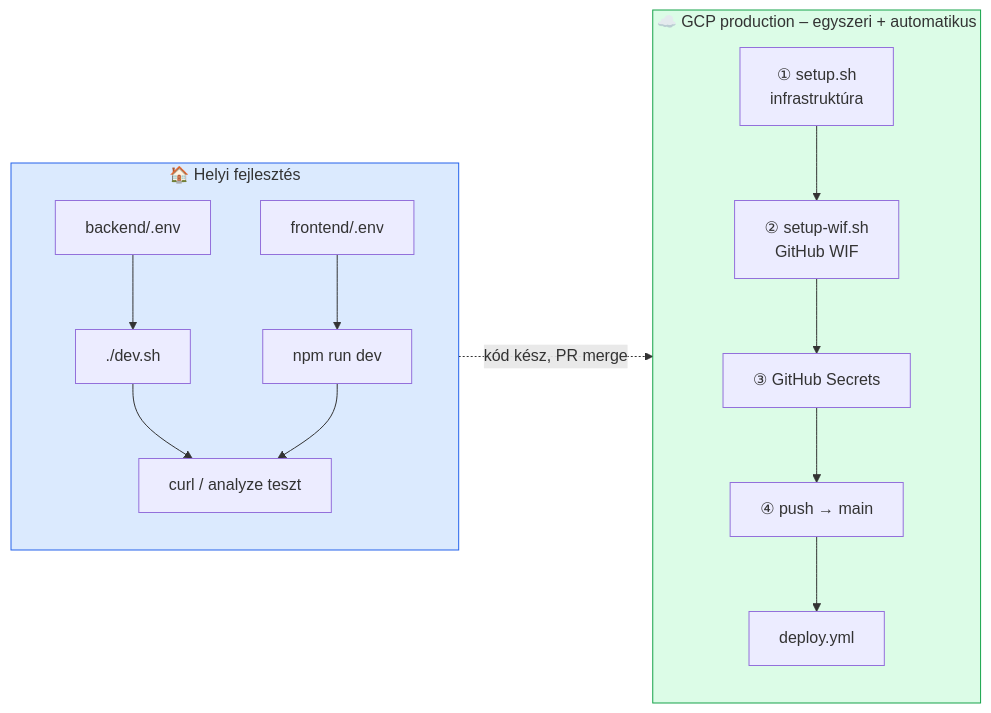
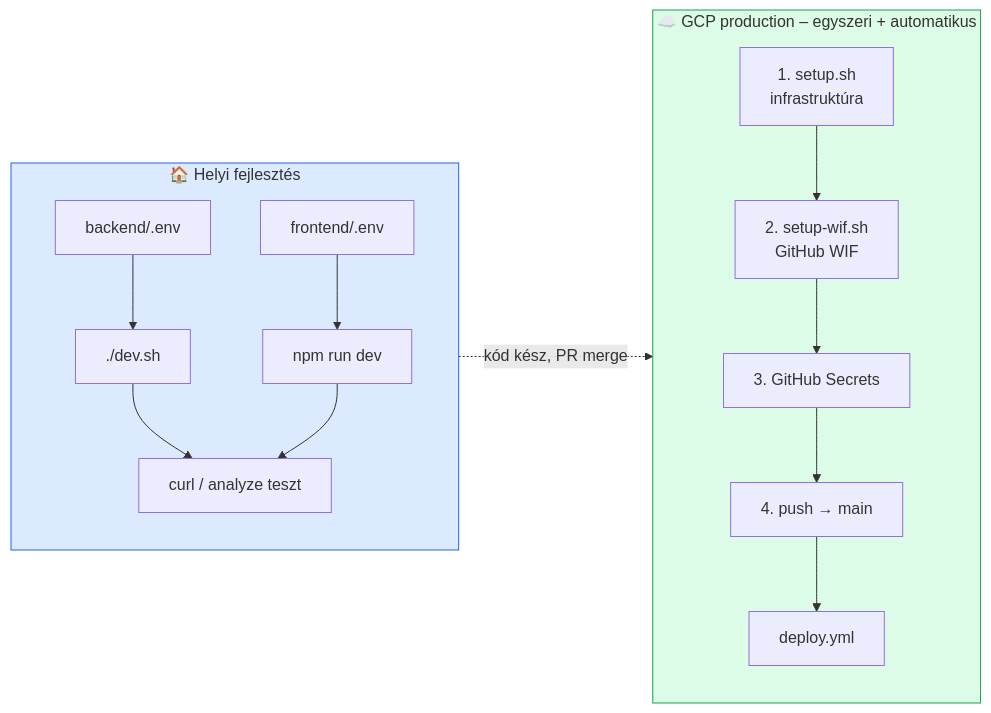
The third of 3 diagrams in README.md (cloudsteak/trn-gcp-ai-contract-analyzer), drawn with Mermaid before and after one commit. The commit also changed other lines of this file, not shown here.

````diff
--- a/README.md
+++ b/README.md
@@ -208,23 +208,23 @@
 ```mermaid
 flowchart LR
     subgraph Local["🏠 Helyi fejlesztés"]
         L1["backend/.env"] --> L2["./dev.sh"]
         L3["frontend/.env"] --> L4["npm run dev"]
         L2 --> L5["curl / analyze teszt"]
         L4 --> L5
     end
 
     subgraph GCP["☁️ GCP production – egyszeri + automatikus"]
-        S1["① setup.sh<br/>infrastruktúra"] --> S2["② setup-wif.sh<br/>GitHub WIF"]
-        S2 --> S3["③ GitHub Secrets"]
-        S3 --> S4["④ push → main"]
+        S1["1. setup.sh<br/>infrastruktúra"] --> S2["2. setup-wif.sh<br/>GitHub WIF"]
+        S2 --> S3["3. GitHub Secrets"]
+        S3 --> S4["4. push → main"]
         S4 --> S5["deploy.yml"]
     end
 
     Local -.->|"kód kész, PR merge"| GCP
 
     classDef local fill:#DBEAFE,stroke:#2563EB
     classDef gcp fill:#DCFCE7,stroke:#16A34A
     class Local local
     class GCP gcp
 ```
````
